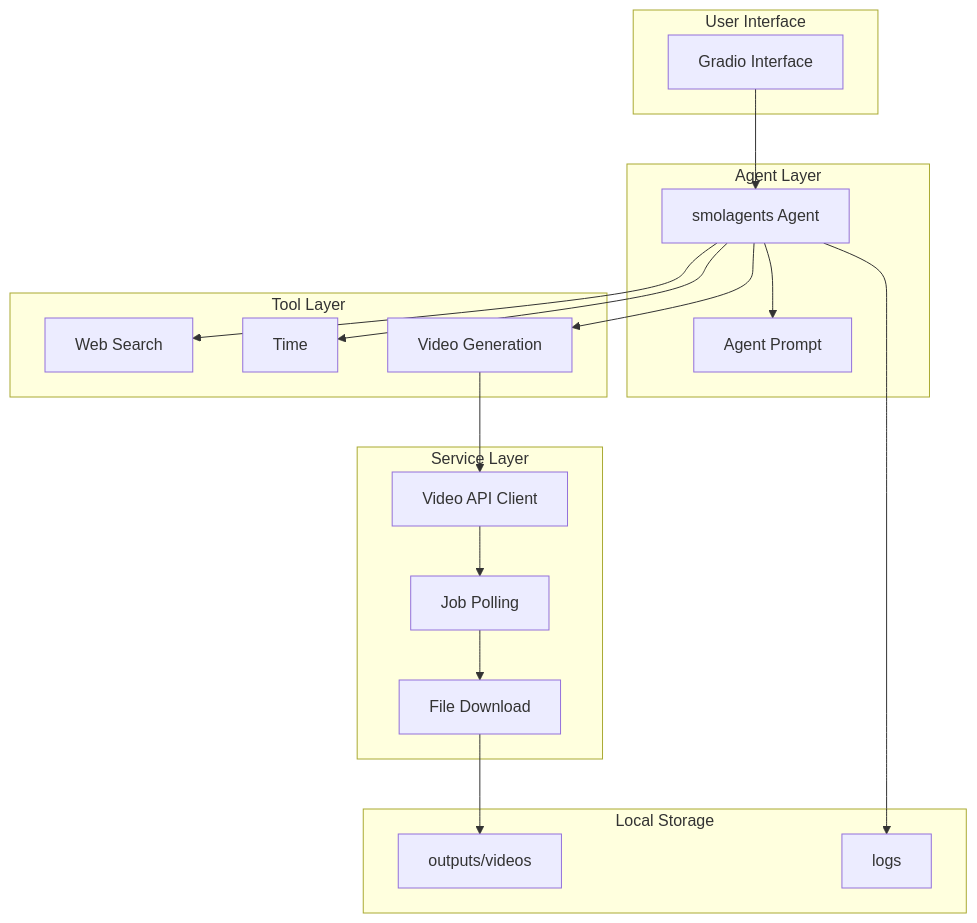
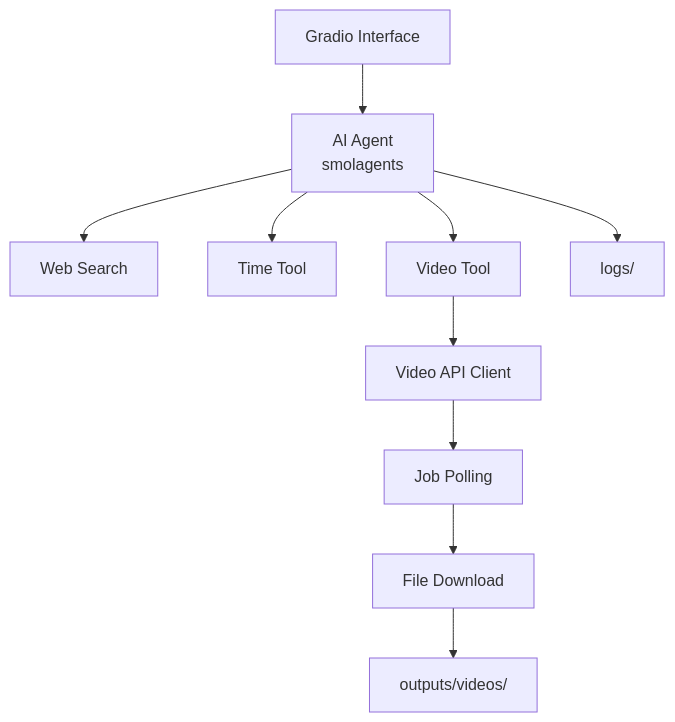
Before and after one commit to Nadjiba-Rahal/video-agent: the second of 5 diagrams in README.md, drawn with Mermaid. The commit also changed other lines of this file, not shown here.

````diff
--- a/README.md
+++ b/README.md
@@ -140,43 +65,31 @@
 ```mermaid
 flowchart TB
 
-    subgraph UI["User Interface"]
-        GR["Gradio Interface"]
-    end
+    UI["Gradio Interface"]
 
-    subgraph AGENT["Agent Layer"]
-        A["smolagents Agent"]
-        P["Agent Prompt"]
-    end
+    AGENT["AI Agent<br/>smolagents"]
 
-    subgraph TOOLS["Tool Layer"]
-        S["Web Search"]
-        T["Time"]
-        V["Video Generation"]
-    end
+    SEARCH["Web Search"]
+    TIME["Time Tool"]
+    VIDEO["Video Tool"]
 
-    subgraph SERVICES["Service Layer"]
-        API["Video API Client"]
-        POLL["Job Polling"]
-        DL["File Download"]
-    end
+    API["Video API Client"]
+    POLL["Job Polling"]
+    DOWNLOAD["File Download"]
 
-    subgraph STORAGE["Local Storage"]
-        OUT["outputs/videos"]
-        LOG["logs"]
-    end
+    OUTPUT["outputs/videos/"]
+    LOGS["logs/"]
 
-    GR --> A
-    A --> P
+    UI --> AGENT
 
-    A --> S
-    A --> T
-    A --> V
+    AGENT --> SEARCH
+    AGENT --> TIME
+    AGENT --> VIDEO
 
-    V --> API
+    VIDEO --> API
     API --> POLL
-    POLL --> DL
+    POLL --> DOWNLOAD
 
-    DL --> OUT
-    A --> LOG
+    DOWNLOAD --> OUTPUT
+    AGENT --> LOGS
 ```
````
